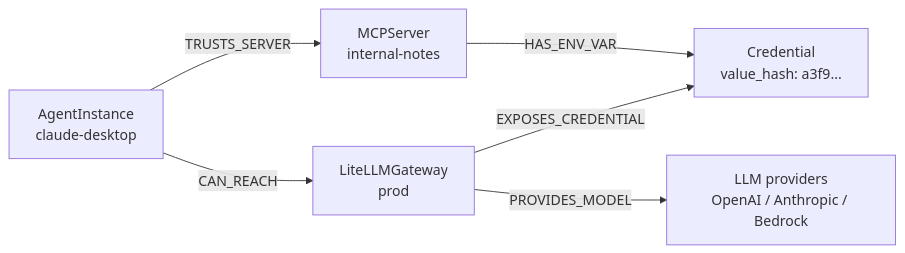
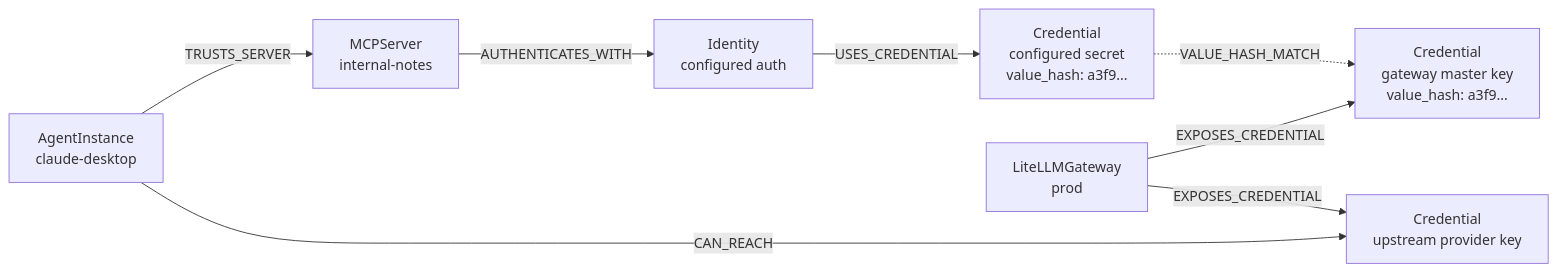
The diagram in README.md (adithyan-ak/AgentHound), drawn with Mermaid before and after one commit. The commit also changed other lines of this file and 220 other files, not shown here.

````diff
--- a/README.md
+++ b/README.md
@@ -249,14 +260,18 @@
 ```mermaid
 flowchart LR
   Agent["AgentInstance<br/>claude-desktop"]
   Notes["MCPServer<br/>internal-notes"]
-  Cred["Credential<br/>value_hash: a3f9..."]
+  Identity["Identity<br/>configured auth"]
+  ConfigCred["Credential<br/>configured secret<br/>value_hash: a3f9..."]
   Gateway["LiteLLMGateway<br/>prod"]
-  Providers["LLM providers<br/>OpenAI / Anthropic / Bedrock"]
+  MasterCred["Credential<br/>gateway master key<br/>value_hash: a3f9..."]
+  ProviderCred["Credential<br/>upstream provider key"]
 
   Agent -- TRUSTS_SERVER --> Notes
-  Notes -- HAS_ENV_VAR --> Cred
-  Gateway -- EXPOSES_CREDENTIAL --> Cred
-  Agent -- CAN_REACH --> Gateway
-  Gateway -- PROVIDES_MODEL --> Providers
+  Notes -- AUTHENTICATES_WITH --> Identity
+  Identity -- USES_CREDENTIAL --> ConfigCred
+  ConfigCred -. VALUE_HASH_MATCH .-> MasterCred
+  Gateway -- EXPOSES_CREDENTIAL --> MasterCred
+  Gateway -- EXPOSES_CREDENTIAL --> ProviderCred
+  Agent -- CAN_REACH --> ProviderCred
 ```
````
